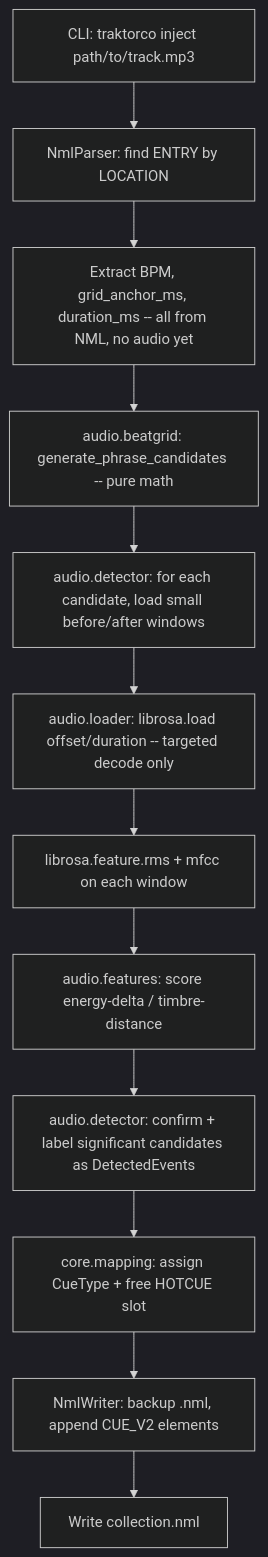
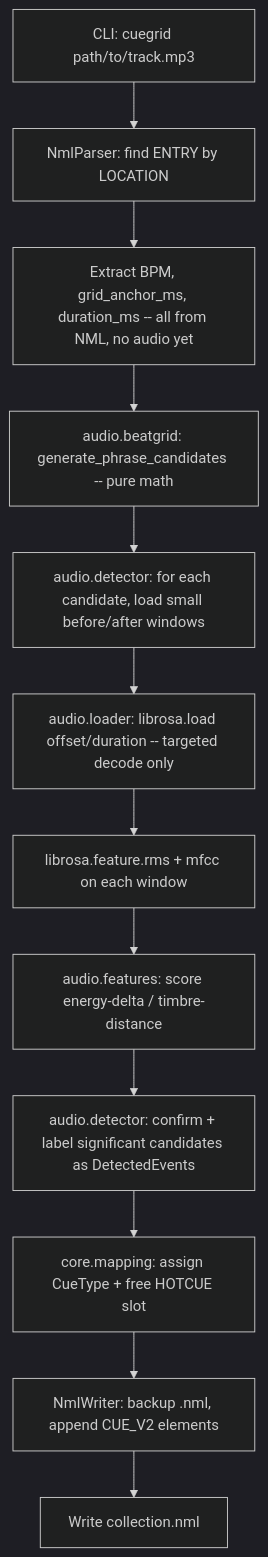
Before and after one commit to jesusguzmanjs/arka: the diagram in .openspec/2-spec.md, drawn with Mermaid (dark theme). The commit also changed other lines of this file and 29 other files, not shown here.

````diff
--- a/.openspec/2-spec.md
+++ b/.openspec/2-spec.md
@@ -469,14 +509,14 @@
 ```mermaid
 flowchart TD
-    A[CLI: traktorco inject path/to/track.mp3] --> B[NmlParser: find ENTRY by LOCATION]
+    A[CLI: cuegrid path/to/track.mp3] --> B[NmlParser: find ENTRY by LOCATION]
     B --> C[Extract BPM, grid_anchor_ms, duration_ms -- all from NML, no audio yet]
     C --> D[audio.beatgrid: generate_phrase_candidates -- pure math]
     D --> E[audio.detector: for each candidate, load small before/after windows]
     E --> F[audio.loader: librosa.load offset/duration -- targeted decode only]
     F --> G[librosa.feature.rms + mfcc on each window]
     G --> H[audio.features: score energy-delta / timbre-distance]
     H --> I[audio.detector: confirm + label significant candidates as DetectedEvents]
     I --> J[core.mapping: assign CueType + free HOTCUE slot]
     J --> K[NmlWriter: backup .nml, append CUE_V2 elements]
     K --> L[Write collection.nml]
 ```
````
